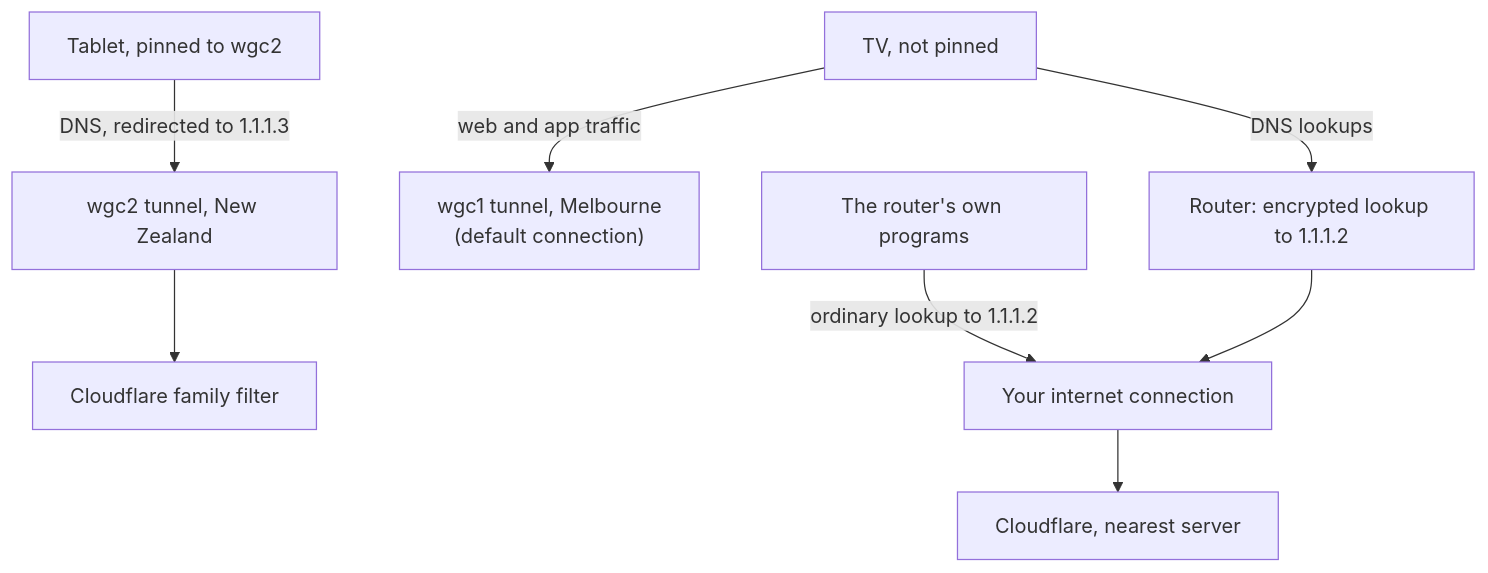
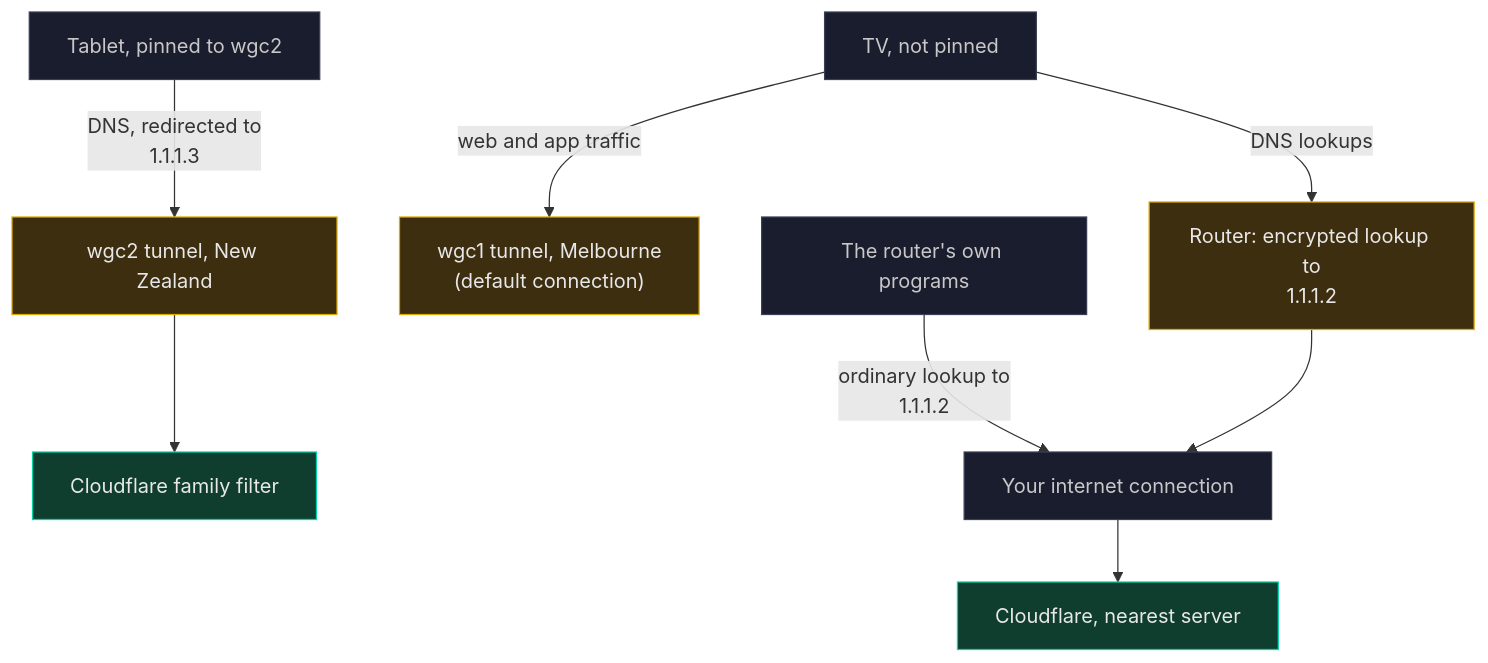
Before and after one commit to ExponentiallyDigital/cfg-pia-wg: the third of 5 diagrams in ROUTER-DNS.md, drawn with Mermaid. The commit also changed other lines of this file and 40 other files, not shown here.

````diff
--- a/ROUTER-DNS.md
+++ b/ROUTER-DNS.md
@@ -132,9 +152,17 @@
 ```mermaid
 flowchart TB
-  T["Tablet, pinned to wgc2"] -- "DNS, redirected to 1.1.1.3" --> W2["wgc2 tunnel, New Zealand"] --> CFF["Cloudflare family filter"]
+  T["Tablet, pinned to wgc2"] -- "DNS, redirected to<br>1.1.1.3" --> W2["wgc2 tunnel, New Zealand"] --> CFF["Cloudflare family filter"]
   TV["TV, not pinned"] -- "web and app traffic" --> W1["wgc1 tunnel, Melbourne<br/>(default connection)"]
-  TV -- "DNS lookups" --> SB["Router: encrypted lookup to 1.1.1.2"]
-  RP["The router's own programs"] -- "ordinary lookup to 1.1.1.2" --> NET["Your internet connection"]
+  TV -- "DNS lookups" --> SB["Router: encrypted lookup to<br>1.1.1.2"]
+  RP["The router's own programs"] -- "ordinary lookup to<br>1.1.1.2" --> NET["Your internet connection"]
   SB --> NET
   NET --> CFS["Cloudflare, nearest server"]
+
+  classDef go fill:#0F3D2E,stroke:#00D4AA,color:#E8E8E8
+  classDef bad fill:#3D1A1A,stroke:#E05252,color:#E8E8E8
+  classDef work fill:#3D2E0F,stroke:#E0A800,color:#E8E8E8
+  classDef step fill:#1A1D2E,stroke:#3A3F55,color:#C8C8C8
+  class T,TV,RP,NET step
+  class W1,W2,SB work
+  class CFF,CFS go
 ```
````
